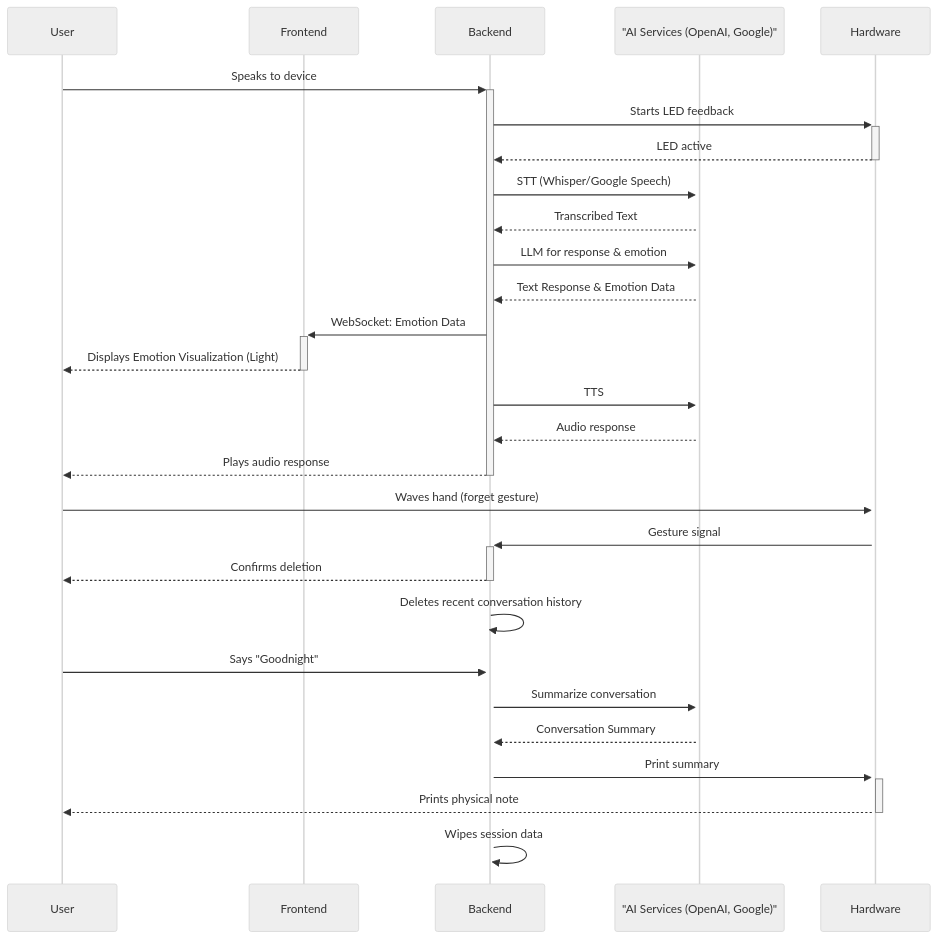
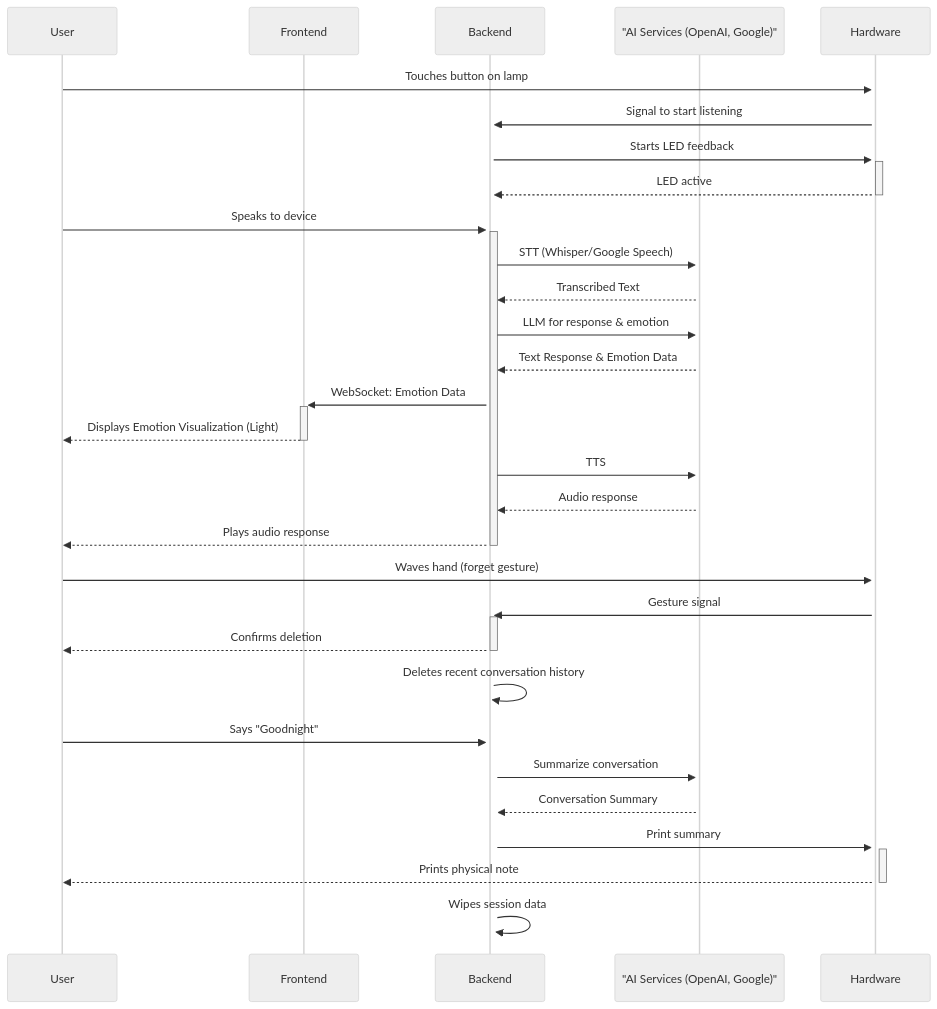
One commit to iridiumtao/OpenHCI25-Oblivilight changed the diagram in README.md. Above: the diagram before and after it, drawn with Mermaid (neutral theme).

````diff
--- a/README.md
+++ b/README.md
@@ -27,33 +27,35 @@
 ```mermaid
 sequenceDiagram
     participant User
     participant Frontend
     participant Backend
     participant AIServices as "AI Services (OpenAI, Google)"
     participant Hardware
 
-    User->>+Backend: Speaks to device
+    User->>+Hardware: Touches button on lamp
+    Hardware->>+Backend: Signal to start listening
     Backend->>+Hardware: Starts LED feedback
     Hardware-->>-Backend: LED active
+    User->>+Backend: Speaks to device
     Backend->>+AIServices: STT (Whisper/Google Speech)
     AIServices-->>Backend: Transcribed Text
     Backend->>+AIServices: LLM for response & emotion
     AIServices-->>Backend: Text Response & Emotion Data
     Backend->>+Frontend: WebSocket: Emotion Data
     Frontend-->>-User: Displays Emotion Visualization (Light)
     Backend->>+AIServices: TTS
     AIServices-->>Backend: Audio response
     Backend-->>-User: Plays audio response
 
     User->>+Hardware: Waves hand (forget gesture)
     Hardware->>+Backend: Gesture signal
     Backend-->>-User: Confirms deletion
     Backend->>Backend: Deletes recent conversation history
 
     User->>+Backend: Says "Goodnight"
     Backend->>+AIServices: Summarize conversation
     AIServices-->>Backend: Conversation Summary
     Backend->>+Hardware: Print summary
     Hardware-->>-User: Prints physical note
     Backend->>Backend: Wipes session data
 ```
````
